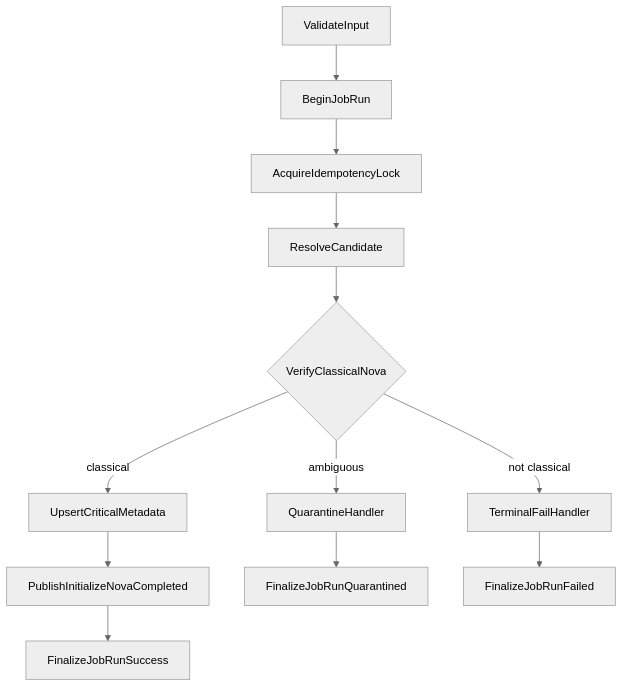
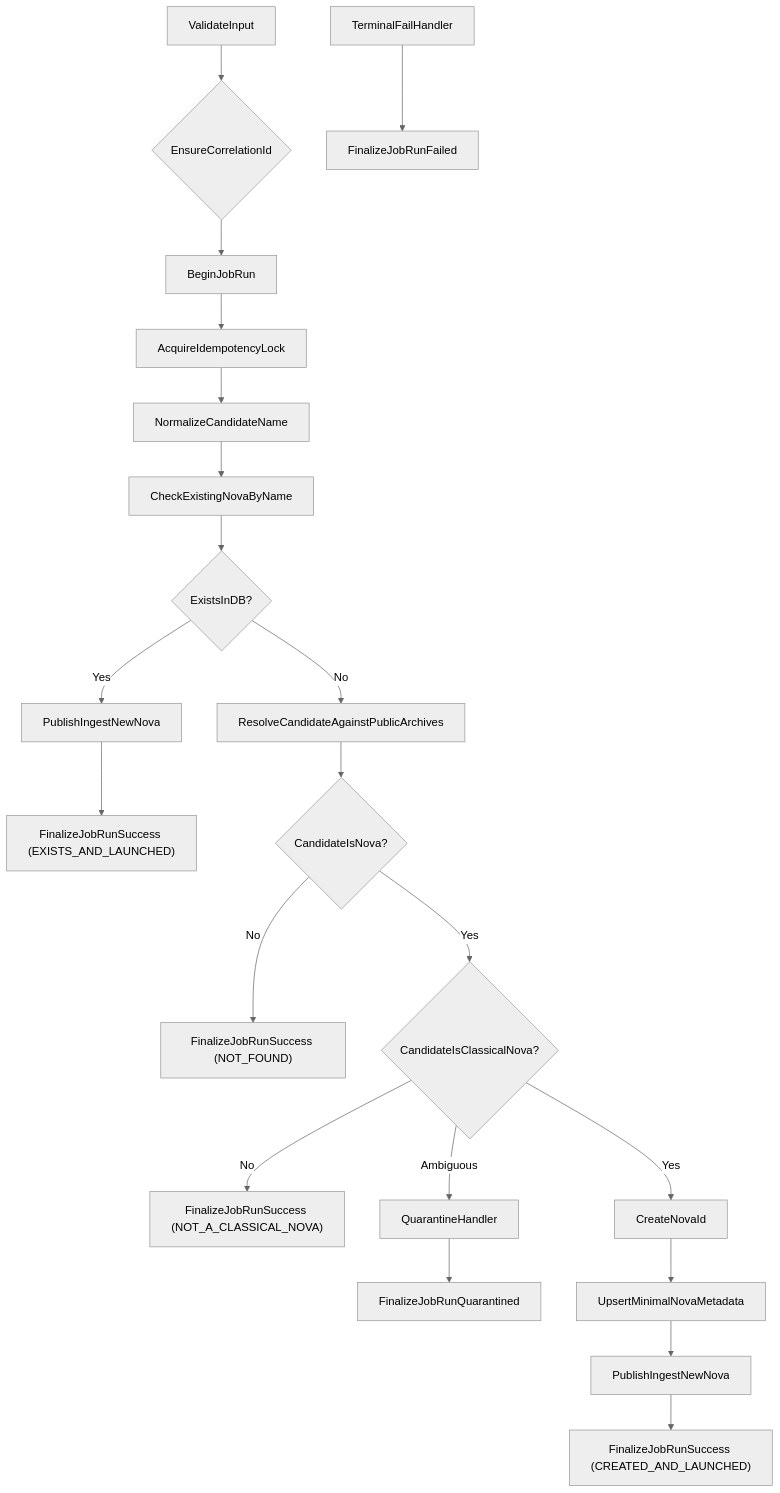
One commit to finzellt/aws_nova_cat changed the diagram in docs/diagrams/workflow-initialize-nova.md. Above: the diagram before and after it, drawn with Mermaid (neutral theme). The commit also changed 15 other files, not shown here.

Commit message:
chore(diagrams): regenerate workflow diagrams to reflect updated state machines

````diff
--- a/docs/diagrams/workflow-initialize-nova.md
+++ b/docs/diagrams/workflow-initialize-nova.md
@@ -1,16 +1,31 @@
 ```mermaid
 flowchart TD
-  A[ValidateInput] --> B[BeginJobRun]
-  B --> C[AcquireIdempotencyLock]
-  C --> D[ResolveCandidate]
-  D --> E{VerifyClassicalNova}
-  E -- classical --> F[UpsertCriticalMetadata]
-  F --> G[PublishInitializeNovaCompleted]
-  G --> H[FinalizeJobRunSuccess]
+  A[ValidateInput] --> B{EnsureCorrelationId}
+  B --> C[BeginJobRun]
+  C --> D[AcquireIdempotencyLock]
+  D --> E[NormalizeCandidateName]
+  E --> F[CheckExistingNovaByName]
+  F --> G{ExistsInDB?}
 
-  E -- ambiguous --> Q[QuarantineHandler]
-  Q --> HQ[FinalizeJobRunQuarantined]
+  G -- Yes --> H[PublishIngestNewNova]
+  H --> I["FinalizeJobRunSuccess (EXISTS_AND_LAUNCHED)"]
 
-  E -- not classical --> T[TerminalFailHandler]
-  T --> HT[FinalizeJobRunFailed]
+  G -- No --> J[ResolveCandidateAgainstPublicArchives]
+  J --> K{CandidateIsNova?}
+
+  K -- No --> L["FinalizeJobRunSuccess (NOT_FOUND)"]
+
+  K -- Yes --> M{CandidateIsClassicalNova?}
+  M -- No --> N["FinalizeJobRunSuccess (NOT_A_CLASSICAL_NOVA)"]
+
+  M -- Ambiguous --> Q[QuarantineHandler]
+  Q --> R[FinalizeJobRunQuarantined]
+
+  M -- Yes --> O[CreateNovaId]
+  O --> P[UpsertMinimalNovaMetadata]
+  P --> H2[PublishIngestNewNova]
+  H2 --> S["FinalizeJobRunSuccess (CREATED_AND_LAUNCHED)"]
+
+  %% Terminal failure path (workflow-level)
+  T[TerminalFailHandler] --> U[FinalizeJobRunFailed]
 ```
````
